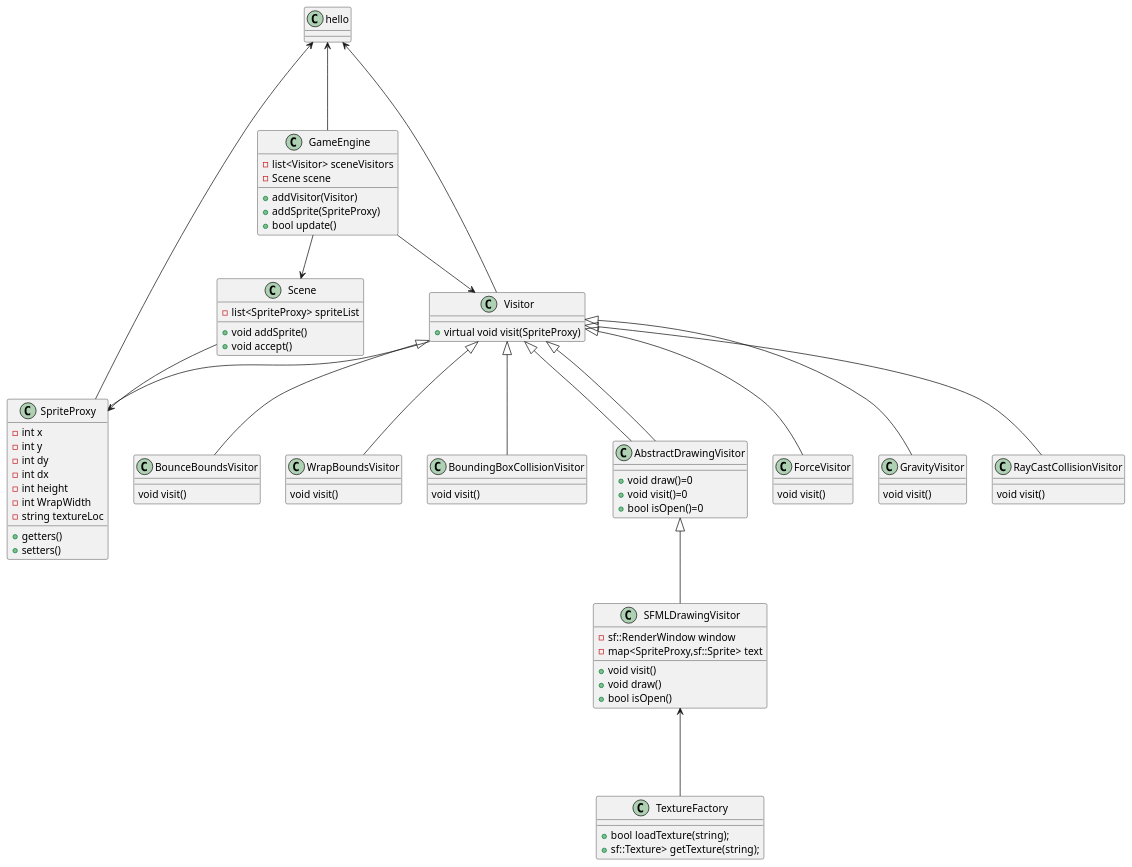
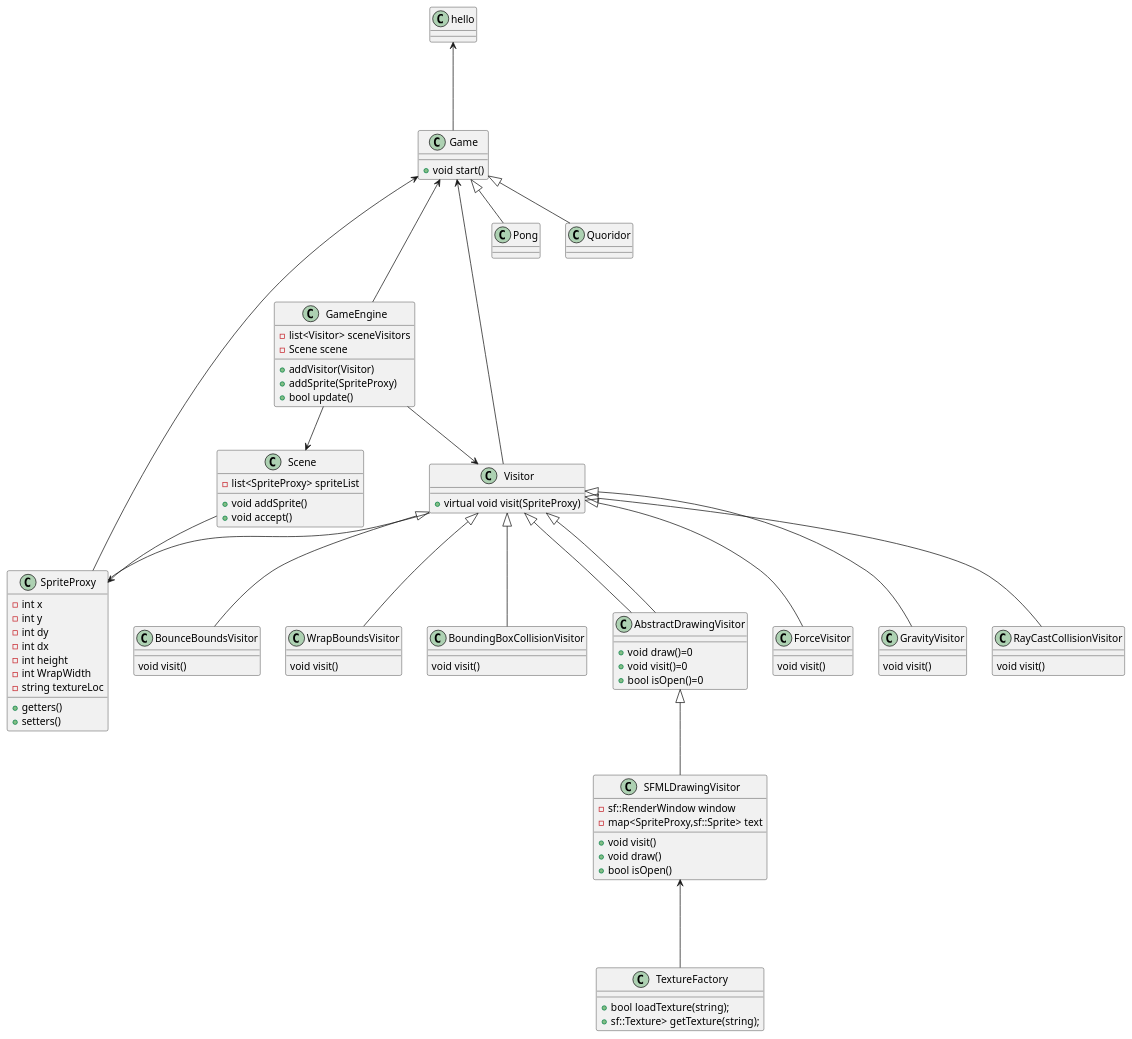
The diagram in docs/uml.plantuml (spilloid/Visitor-Game-Engine), drawn with PlantUML before and after one commit. The commit also changed 249 other files, not shown here.

```diff
--- a/docs/uml.plantuml
+++ b/docs/uml.plantuml
@@ -1,79 +1,85 @@
 @startuml FinalProject
+class Game{
+    +void start()
+}
 class GameEngine {
     -list<Visitor> sceneVisitors
     -Scene scene
     +addVisitor(Visitor)
     +addSprite(SpriteProxy)
     +bool update()
 }
 class Scene{
     -list<SpriteProxy> spriteList
     +void addSprite()
     +void accept()
 }
 class TextureFactory{
         +bool loadTexture(string);
         +sf::Texture> getTexture(string);
 }
 class SpriteProxy{
     -int x
     -int y
     -int dy
     -int dx
     -int height
     -int WrapWidth
     -string textureLoc
     +getters()
     +setters()
 }
 class Visitor{
     +virtual void visit(SpriteProxy)
 }
 class BounceBoundsVisitor{
     void visit()
 }
 class WrapBoundsVisitor{
     void visit()
     }
 class BoundingBoxCollisionVisitor{
     void visit()
     }
 class AbstractDrawingVisitor{
     +void draw()=0
     +void visit()=0
     +bool isOpen()=0
 }
 class SFMLDrawingVisitor{
     -sf::RenderWindow window
     -map<SpriteProxy,sf::Sprite> text
     +void visit()
     +void draw()
     +bool isOpen()
     }
 class ForceVisitor{
     void visit()
     }
 class GravityVisitor{
     void visit()
     }
 class RayCastCollisionVisitor{
     void visit()
     }
-hello <--- GameEngine
-hello <--- Visitor
-hello <--- SpriteProxy
+hello <--- Game
+Game <|-- Pong
+Game <|-- Quoridor
+Game <--- GameEngine
+Game <--- Visitor
+Game <--- SpriteProxy
 GameEngine --> Visitor
 GameEngine --> Scene
 Scene --> SpriteProxy
 Visitor -- SpriteProxy
 Visitor <|-- ForceVisitor
 Visitor <|-- GravityVisitor
 Visitor <|-- BounceBoundsVisitor
 Visitor <|-- WrapBoundsVisitor
 Visitor <|-- BoundingBoxCollisionVisitor
 Visitor <|-- RayCastCollisionVisitor
 Visitor <|-- AbstractDrawingVisitor
 Visitor<|-- AbstractDrawingVisitor
 AbstractDrawingVisitor <|-- SFMLDrawingVisitor
 SFMLDrawingVisitor <--- TextureFactory
 @enduml
```
